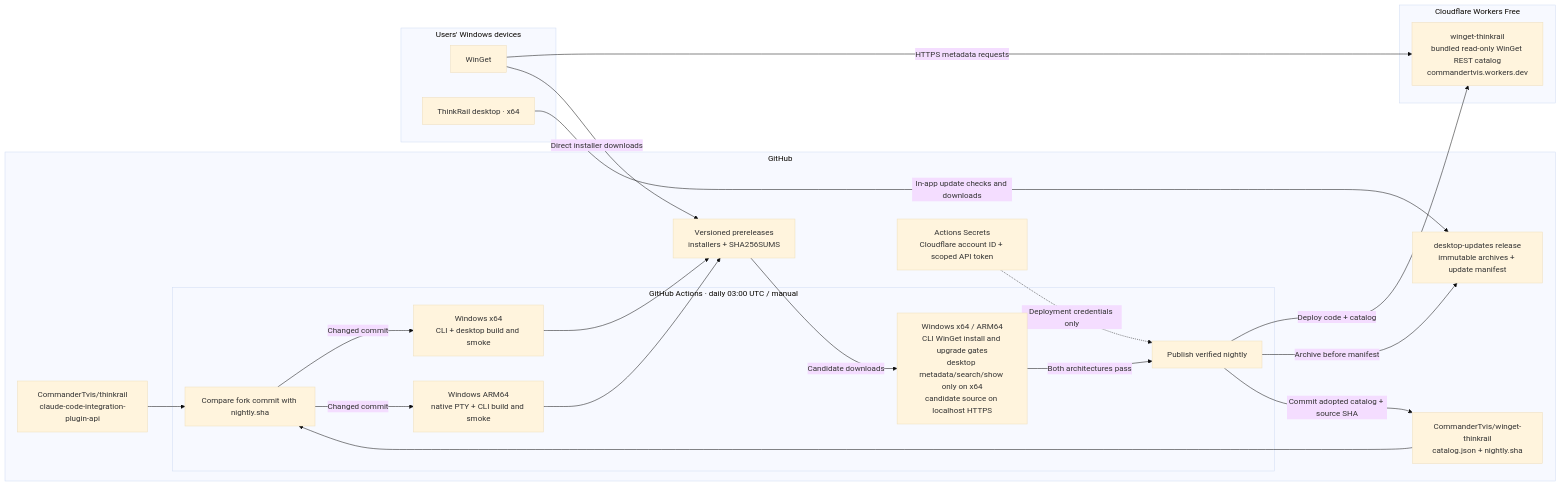
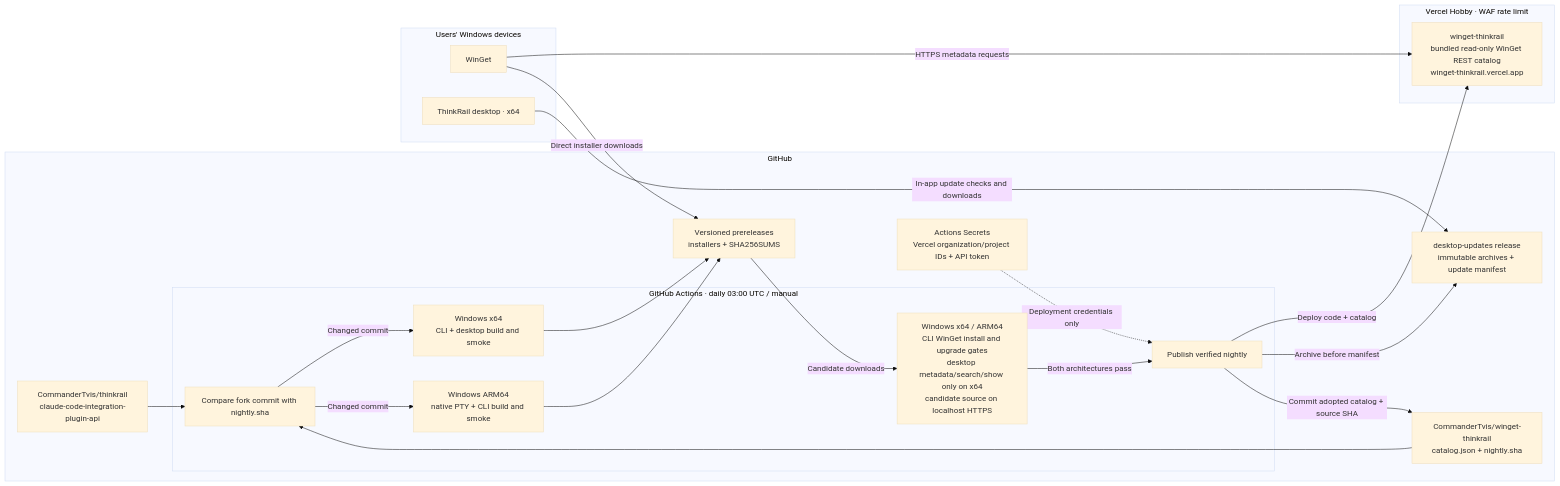
The diagram in architecture.md (CommanderTvis/winget-thinkrail), drawn with Mermaid (base theme) before and after one commit. The commit also changed other lines of this file and 12 other files, not shown here.

Commit message:
Move WinGet source to Vercel and monitor traffic surges

````diff
--- a/architecture.md
+++ b/architecture.md
@@ -11,42 +33,42 @@
 ```mermaid
 flowchart LR
   subgraph GitHub["GitHub"]
     fork["CommanderTvis/thinkrail<br/>claude-code-integration-plugin-api"]
     repo["CommanderTvis/winget-thinkrail<br/>catalog.json + nightly.sha"]
     subgraph CI["GitHub Actions · daily 03:00 UTC / manual"]
       compare["Compare fork commit with nightly.sha"]
       x64["Windows x64<br/>CLI + desktop build and smoke"]
       arm64["Windows ARM64<br/>native PTY + CLI build and smoke"]
       gates["Windows x64 / ARM64<br/>CLI WinGet install and upgrade gates<br/>desktop metadata/search/show only on x64<br/>candidate source on localhost HTTPS"]
       publish["Publish verified nightly"]
     end
     releases["Versioned prereleases<br/>installers + SHA256SUMS"]
     feed["desktop-updates release<br/>immutable archives + update manifest"]
-    secrets["Actions Secrets<br/>Cloudflare account ID + scoped API token"]
+    secrets["Actions Secrets<br/>Vercel organization/project IDs + API token"]
   end
 
-  subgraph Cloudflare["Cloudflare Workers Free"]
-    worker["winget-thinkrail<br/>bundled read-only WinGet REST catalog<br/>commandertvis.workers.dev"]
+  subgraph Vercel["Vercel Hobby · WAF rate limit"]
+    worker["winget-thinkrail<br/>bundled read-only WinGet REST catalog<br/>winget-thinkrail.vercel.app"]
   end
 
   subgraph Windows["Users' Windows devices"]
     winget["WinGet"]
     desktop["ThinkRail desktop · x64"]
   end
 
   fork --> compare
   repo --> compare
   compare -->|Changed commit| x64
   compare -->|Changed commit| arm64
   x64 --> releases
   arm64 --> releases
   releases -->|Candidate downloads| gates
   gates -->|Both architectures pass| publish
   secrets -.->|Deployment credentials only| publish
   publish -->|Deploy code + catalog| worker
   publish -->|Archive before manifest| feed
   publish -->|Commit adopted catalog + source SHA| repo
   winget -->|HTTPS metadata requests| worker
   winget -->|Direct installer downloads| releases
   desktop -->|In-app update checks and downloads| feed
 ```
````
